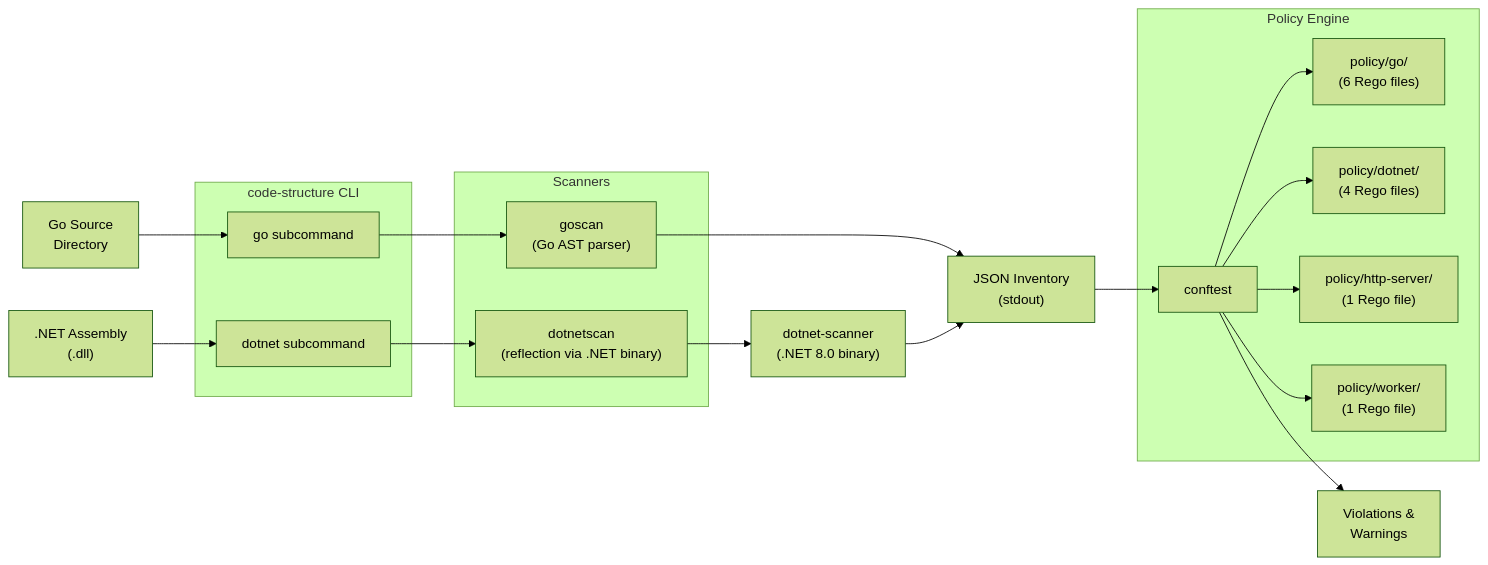
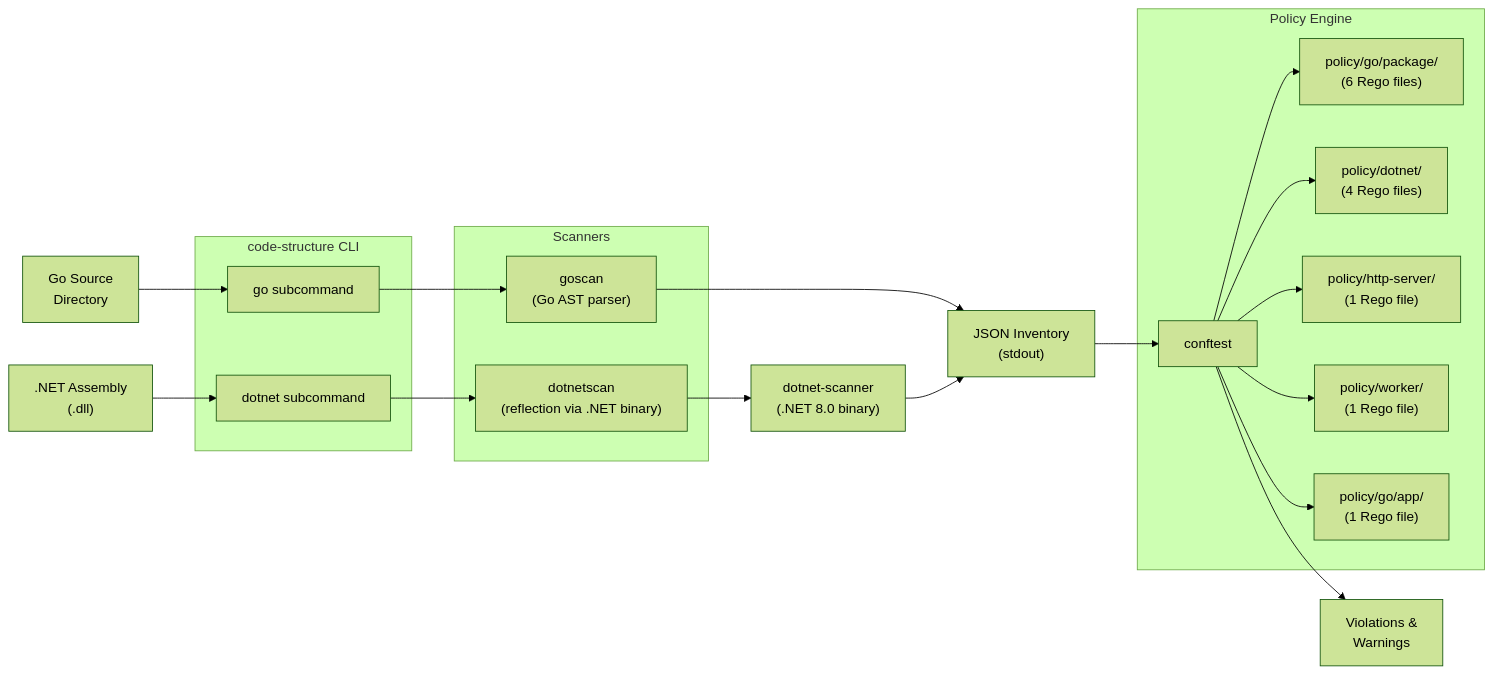
The diagram in docs/architecture.md (akgoode/gostructure), drawn with Mermaid (forest theme) before and after one commit. The commit also changed other lines of this file and 18 other files, not shown here.

First line of the commit message:
reorganize go policies into package/ and app/ subdirectories

````diff
--- a/docs/architecture.md
+++ b/docs/architecture.md
@@ -7,38 +7,40 @@
 ```mermaid
 graph LR
     subgraph "code-structure CLI"
         GoCmd["go subcommand"]
         DotnetCmd["dotnet subcommand"]
     end
 
     subgraph "Scanners"
         GoScan["goscan<br/>(Go AST parser)"]
         DotnetScan["dotnetscan<br/>(reflection via .NET binary)"]
     end
 
     subgraph "Policy Engine"
         Conftest["conftest"]
-        GoPolicies["policy/go/<br/>(6 Rego files)"]
+        GoPolicies["policy/go/package/<br/>(6 Rego files)"]
         DotnetPolicies["policy/dotnet/<br/>(4 Rego files)"]
         HTTPPolicies["policy/http-server/<br/>(1 Rego file)"]
         WorkerPolicies["policy/worker/<br/>(1 Rego file)"]
+        GoAppPolicies["policy/go/app/<br/>(1 Rego file)"]
     end
 
     GoSource["Go Source<br/>Directory"] --> GoCmd
     DotnetAssembly[".NET Assembly<br/>(.dll)"] --> DotnetCmd
 
     GoCmd --> GoScan
     DotnetCmd --> DotnetScan
     DotnetScan --> DotnetScanner["dotnet-scanner<br/>(.NET 8.0 binary)"]
 
     GoScan --> JSON["JSON Inventory<br/>(stdout)"]
     DotnetScanner --> JSON
 
     JSON --> Conftest
     Conftest --> GoPolicies
     Conftest --> DotnetPolicies
     Conftest --> HTTPPolicies
     Conftest --> WorkerPolicies
+    Conftest --> GoAppPolicies
 
     Conftest --> Results["Violations &<br/>Warnings"]
 ```
````
